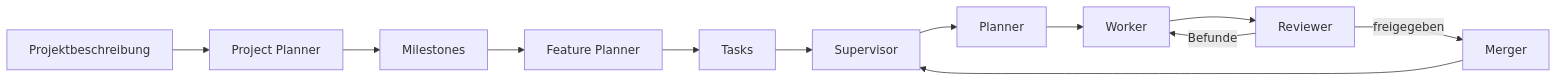
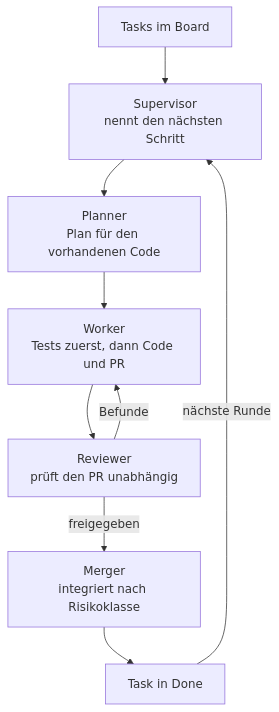
Before and after one commit to alexwenzel/ccmas: the second of 2 diagrams in README.md, drawn with Mermaid. The commit also changed other lines of this file and 1 other file, not shown here.

First line of the commit message:
Improve README documentation for clarity and flow (#17)

````diff
--- a/README.md
+++ b/README.md
@@ -9,14 +22,11 @@
 ```mermaid
-flowchart LR
-    P[Projektbeschreibung] --> PP[Project Planner]
-    PP --> M[Milestones]
-    M --> FP[Feature Planner]
-    FP --> T[Tasks]
-    T --> S[Supervisor]
-    S --> PL[Planner]
-    PL --> W[Worker]
-    W --> RV[Reviewer]
+flowchart TD
+    T[Tasks im Board] --> S[Supervisor<br/>nennt den nächsten Schritt]
+    S --> PL[Planner<br/>Plan für den vorhandenen Code]
+    PL --> W[Worker<br/>Tests zuerst, dann Code und PR]
+    W --> RV[Reviewer<br/>prüft den PR unabhängig]
     RV -->|Befunde| W
-    RV -->|freigegeben| MG[Merger]
-    MG --> S
+    RV -->|freigegeben| MG[Merger<br/>integriert nach Risikoklasse]
+    MG --> D[Task in Done]
+    D -->|nächste Runde| S
 ```
````
